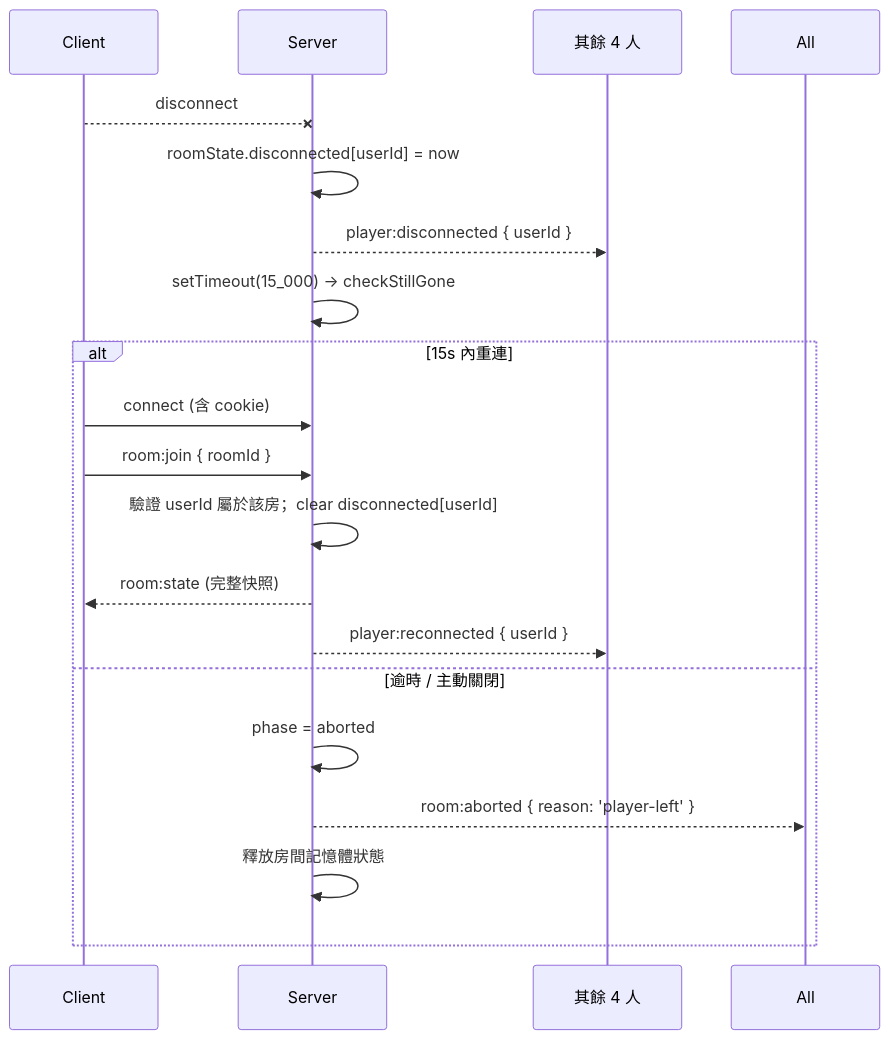
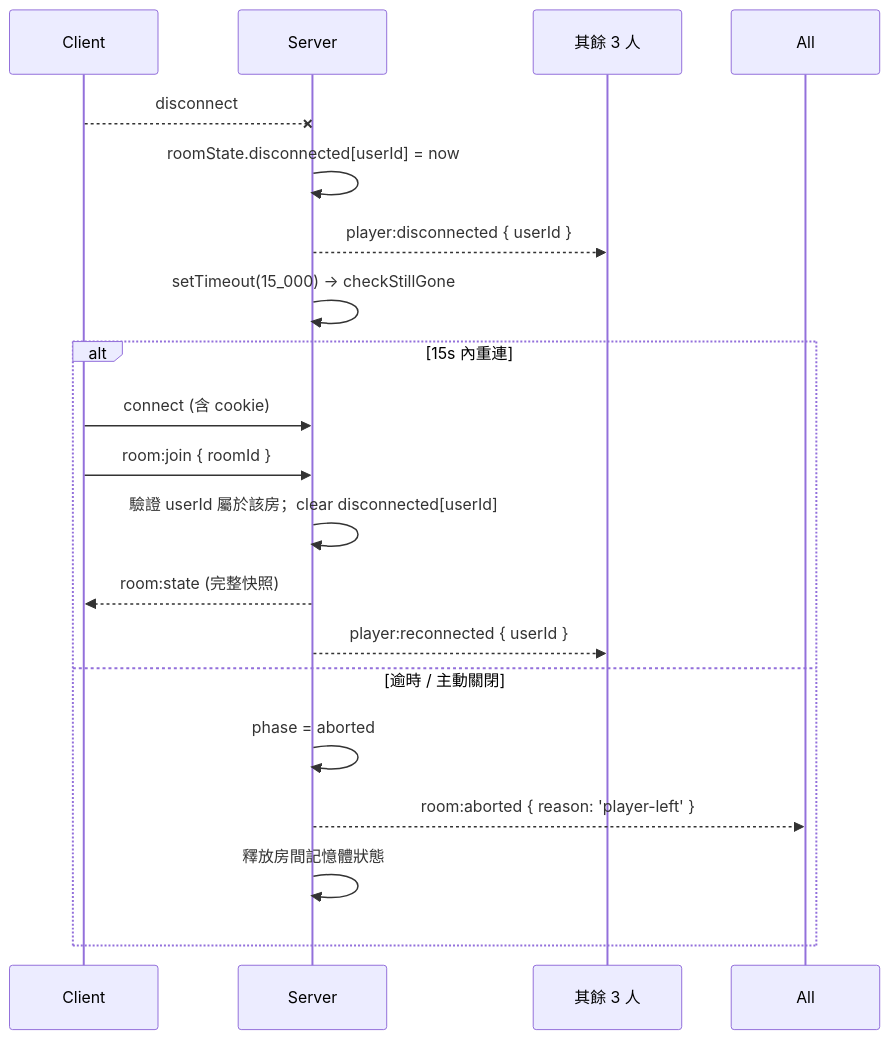
Before and after one commit to zhijiehuang111/game-draft-system: the fifth of 5 diagrams in docs/detailed-design.md, drawn with Mermaid. The commit also changed other lines of this file and 12 other files, not shown here.

````diff
--- a/docs/detailed-design.md
+++ b/docs/detailed-design.md
@@ -445,23 +467,23 @@
 ```mermaid
 sequenceDiagram
   participant C as Client
   participant S as Server
-  participant Others as 其餘 4 人
+  participant Others as 其餘 3 人
 
   C--xS: disconnect
   S->>S: roomState.disconnected[userId] = now
   S-->>Others: player:disconnected { userId }
   S->>S: setTimeout(15_000) → checkStillGone
 
   alt 15s 內重連
     C->>S: connect (含 cookie)
     C->>S: room:join { roomId }
     S->>S: 驗證 userId 屬於該房；clear disconnected[userId]
     S-->>C: room:state (完整快照)
     S-->>Others: player:reconnected { userId }
   else 逾時 / 主動關閉
     S->>S: phase = aborted
     S-->>All: room:aborted { reason: 'player-left' }
     S->>S: 釋放房間記憶體狀態
   end
 ```
````
